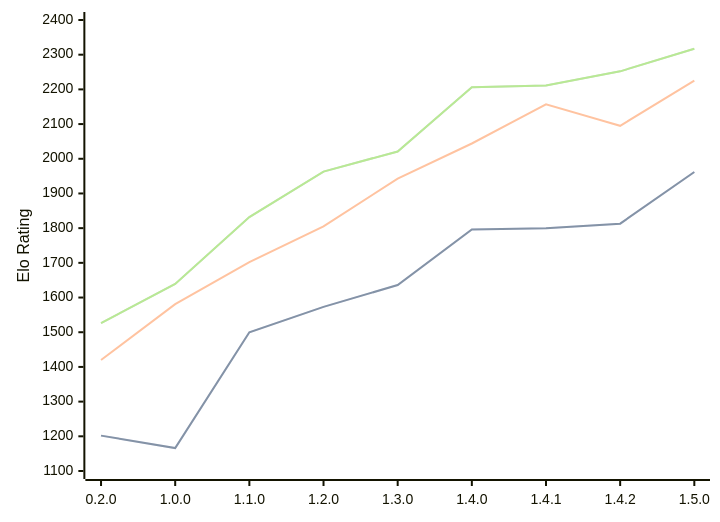
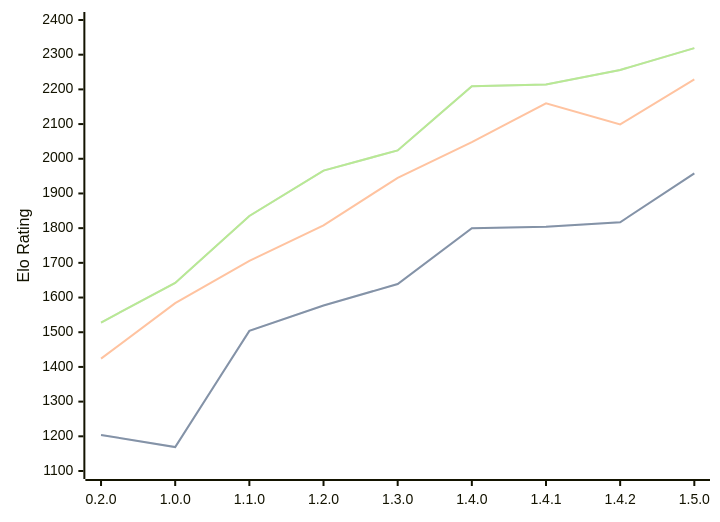
One commit to computer-chess-index/cci changed the diagram in engines/Zeppelin.md. Above: the diagram before and after it, drawn with Mermaid. The commit also changed other lines of this file, not shown here.

Commit message:
Update CCI Ratings (ELO VLTC) - 2026-04-30

````diff
--- a/engines/Zeppelin.md
+++ b/engines/Zeppelin.md
@@ -41,11 +41,11 @@
 ```mermaid
 %%{init: {"theme":"base","themeVariables":{"seriesColors:['#a3a3a3','#222221','#faa371']}}}%%
 xychart-beta
   x-axis ["0.2.0", "1.0.0", "1.1.0", "1.2.0", "1.3.0", "1.4.0", "1.4.1", "1.4.2", "1.5.0"]
   y-axis "Elo Rating" 1100 --> 2400
-  line "STC (8.0+0.08s)" [1202, 1166, 1500, 1573, 1636, 1796, 1800, 1813, 1962]
-  line "STC (8.0+0.08s)" [1202, 1166, 1500, 1573, 1636, 1796, 1800, 1813, 1962]
-  line "LTC (60.0+0.60s)" [1420, 1581, 1702, 1805, 1943, 2044, 2157, 2095, 2225]
-  line "VLTC (2m24s+1.12s)" [1526, 1639, 1832, 1963, 2021, 2206, 2211, 2252, 2317]
-  line "VLTC (2m24s+1.12s)" [1526, 1639, 1832, 1963, 2021, 2206, 2211, 2252, 2317]
+  line "STC (8.0+0.08s)" [1204, 1169, 1504, 1577, 1639, 1800, 1804, 1817, 1958]
+  line "STC (8.0+0.08s)" [1204, 1169, 1504, 1577, 1639, 1800, 1804, 1817, 1958]
+  line "LTC (60.0+0.60s)" [1424, 1584, 1706, 1808, 1945, 2048, 2160, 2099, 2229]
+  line "VLTC (2m24s+1.12s)" [1528, 1642, 1835, 1966, 2024, 2209, 2214, 2256, 2319]
+  line "VLTC (2m24s+1.12s)" [1528, 1642, 1835, 1966, 2024, 2209, 2214, 2256, 2319]
 ```
````
